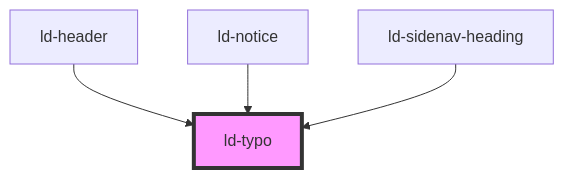
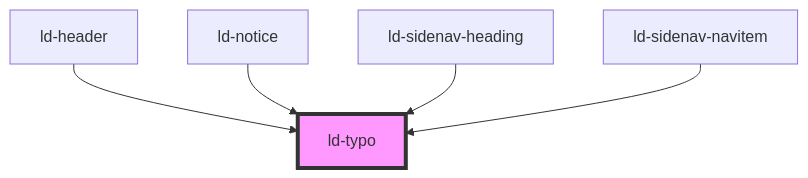
Before and after one commit to emdgroup-liquid/liquid: the diagram in src/liquid/components/ld-typo/readme.md, drawn with Mermaid. The commit also changed other lines of this file and 13 other files, not shown here.

````diff
--- a/src/liquid/components/ld-typo/readme.md
+++ b/src/liquid/components/ld-typo/readme.md
@@ -428,7 +429,8 @@
 ```mermaid
 graph TD;
   ld-header --> ld-typo
   ld-notice --> ld-typo
   ld-sidenav-heading --> ld-typo
+  ld-sidenav-navitem --> ld-typo
   style ld-typo fill:#f9f,stroke:#333,stroke-width:4px
 ```
````
